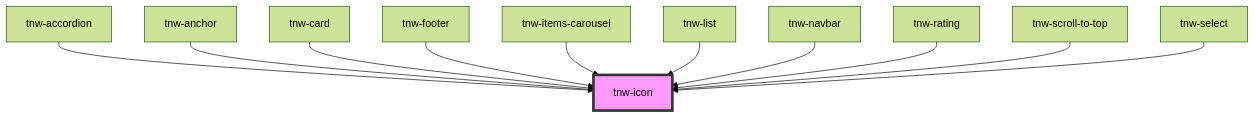
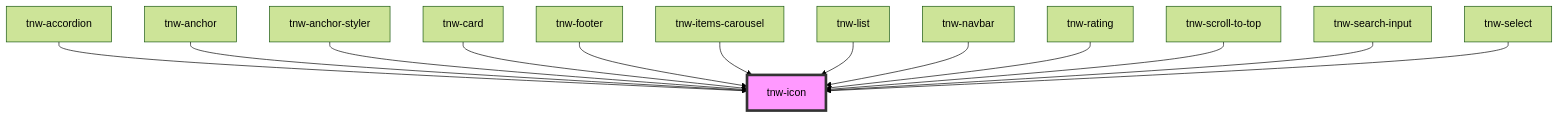
One commit to technway/technway-component-library changed the diagram in packages/stencil-library/src/components/tnw-icon/readme.md. Above: the diagram before and after it, drawn with Mermaid (forest theme). The commit also changed other lines of this file and 27 other files, not shown here.

Commit message:
feat(stencil-library): introduce 'tnw-search-input' component

````diff
--- a/packages/stencil-library/src/components/tnw-icon/readme.md
+++ b/packages/stencil-library/src/components/tnw-icon/readme.md
@@ -100,14 +102,16 @@
 ```mermaid
 graph TD;
   tnw-accordion --> tnw-icon
   tnw-anchor --> tnw-icon
+  tnw-anchor-styler --> tnw-icon
   tnw-card --> tnw-icon
   tnw-footer --> tnw-icon
   tnw-items-carousel --> tnw-icon
   tnw-list --> tnw-icon
   tnw-navbar --> tnw-icon
   tnw-rating --> tnw-icon
   tnw-scroll-to-top --> tnw-icon
+  tnw-search-input --> tnw-icon
   tnw-select --> tnw-icon
   style tnw-icon fill:#f9f,stroke:#333,stroke-width:4px
 ```
````
